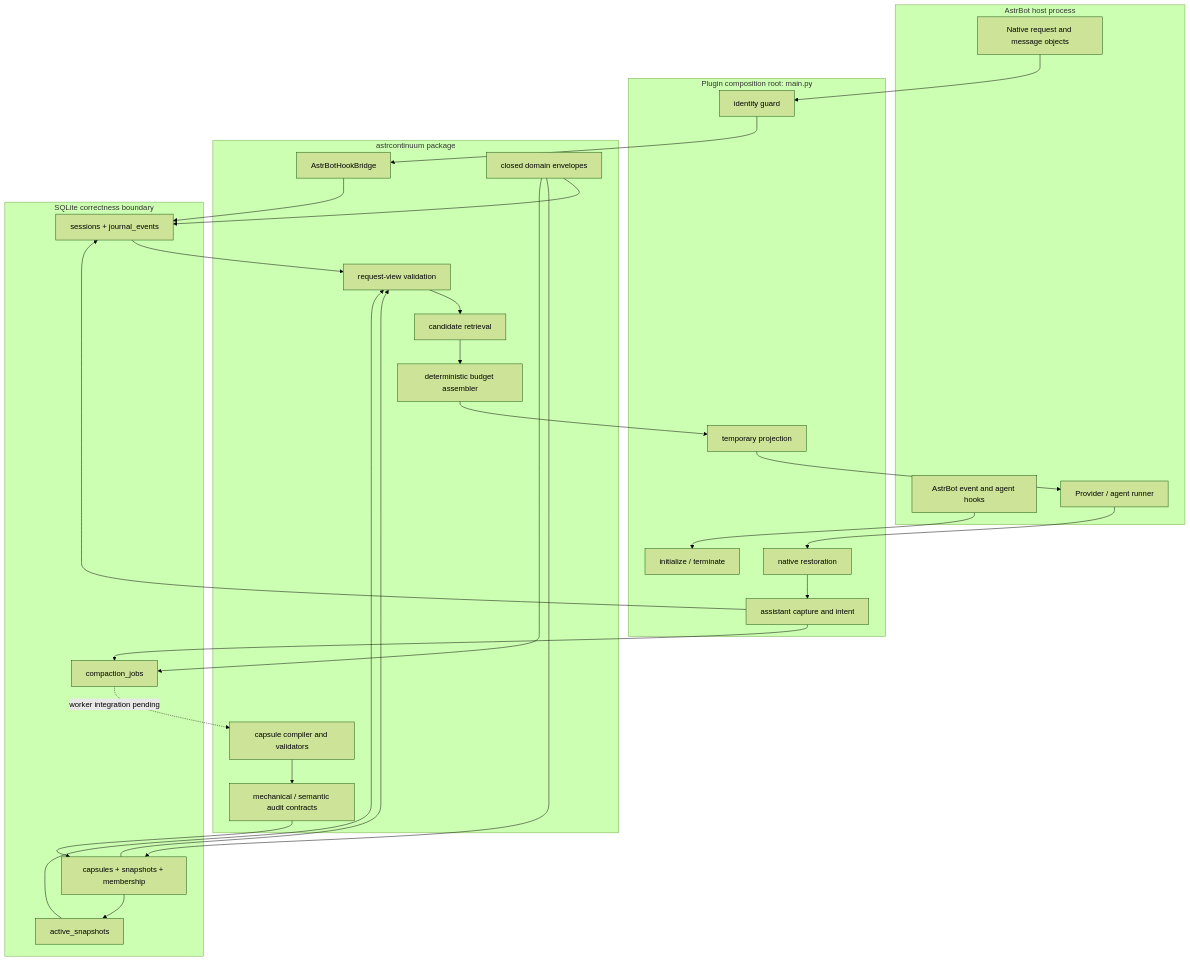
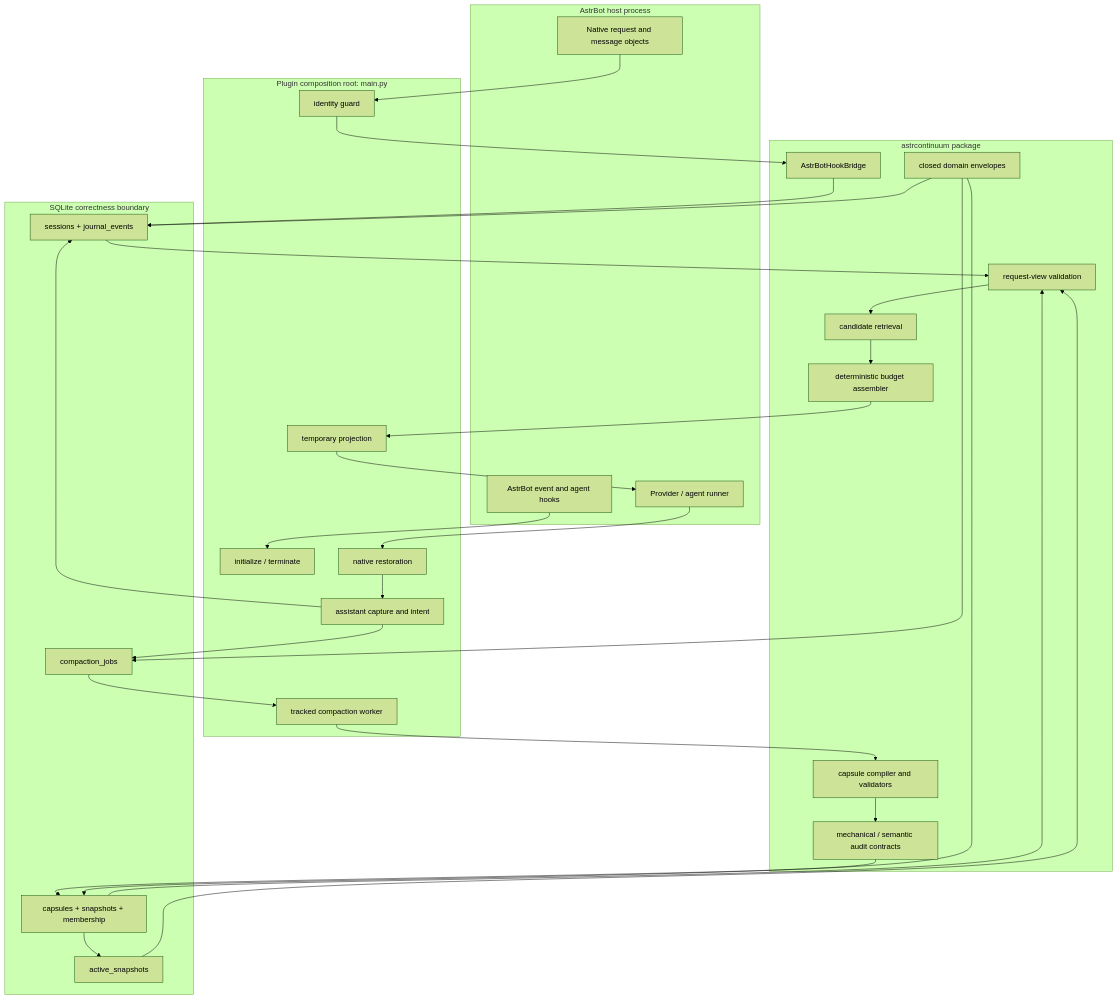
Before and after one commit to 2718labs/astrbot_plugin_astrcontinuum: the first of 2 diagrams in docs/ARCHITECTURE.md, drawn with Mermaid (forest theme). The commit also changed other lines of this file and 33 other files, not shown here.

````diff
--- a/docs/ARCHITECTURE.md
+++ b/docs/ARCHITECTURE.md
@@ -82,56 +81,58 @@
 ```mermaid
 flowchart TB
     subgraph Host["AstrBot host process"]
         Hooks["AstrBot event and agent hooks"]
         Native["Native request and message objects"]
         Provider["Provider / agent runner"]
     end
 
     subgraph Composition["Plugin composition root: main.py"]
         Lifecycle["initialize / terminate"]
         Guard["identity guard"]
         Project["temporary projection"]
         Restore["native restoration"]
         Finalize["assistant capture and intent"]
+        Worker["tracked compaction worker"]
     end
 
     subgraph Core["astrcontinuum package"]
         Adapter["AstrBotHookBridge"]
         ReadView["request-view validation"]
         Retrieval["candidate retrieval"]
         Budget["deterministic budget assembler"]
         Domain["closed domain envelopes"]
         Compiler["capsule compiler and validators"]
         Auditor["mechanical / semantic audit contracts"]
     end
 
     subgraph Persistence["SQLite correctness boundary"]
         Journal["sessions + journal_events"]
         Snapshot["capsules + snapshots + membership"]
         Pointer["active_snapshots"]
         Jobs["compaction_jobs"]
     end
 
     Hooks --> Lifecycle
     Native --> Guard
     Guard --> Adapter
     Adapter --> Journal
     Journal --> ReadView
     Snapshot --> ReadView
     Pointer --> ReadView
     ReadView --> Retrieval
     Retrieval --> Budget
     Budget --> Project
     Project --> Provider
     Provider --> Restore
     Restore --> Finalize
     Finalize --> Journal
     Finalize --> Jobs
-    Jobs -. "worker integration pending" .-> Compiler
+    Jobs --> Worker
+    Worker --> Compiler
     Compiler --> Auditor
     Auditor --> Snapshot
     Snapshot --> Pointer
     Domain --> Journal
     Domain --> Snapshot
     Domain --> Jobs
 ```
````
